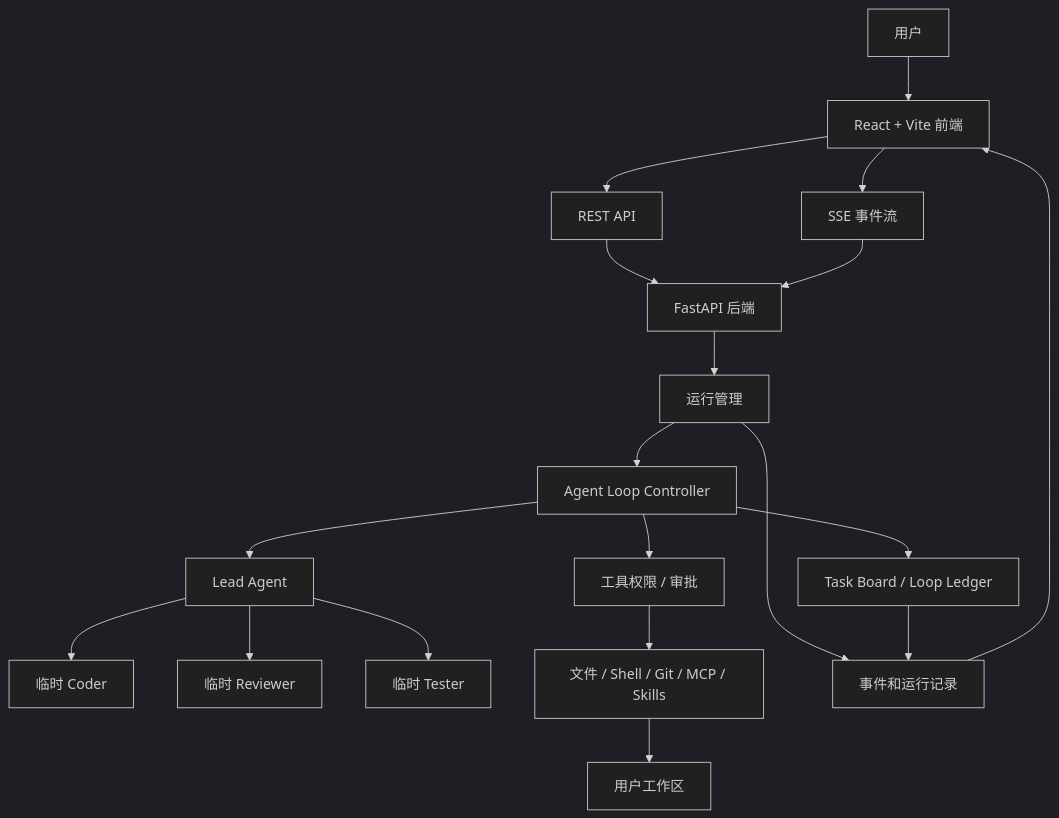
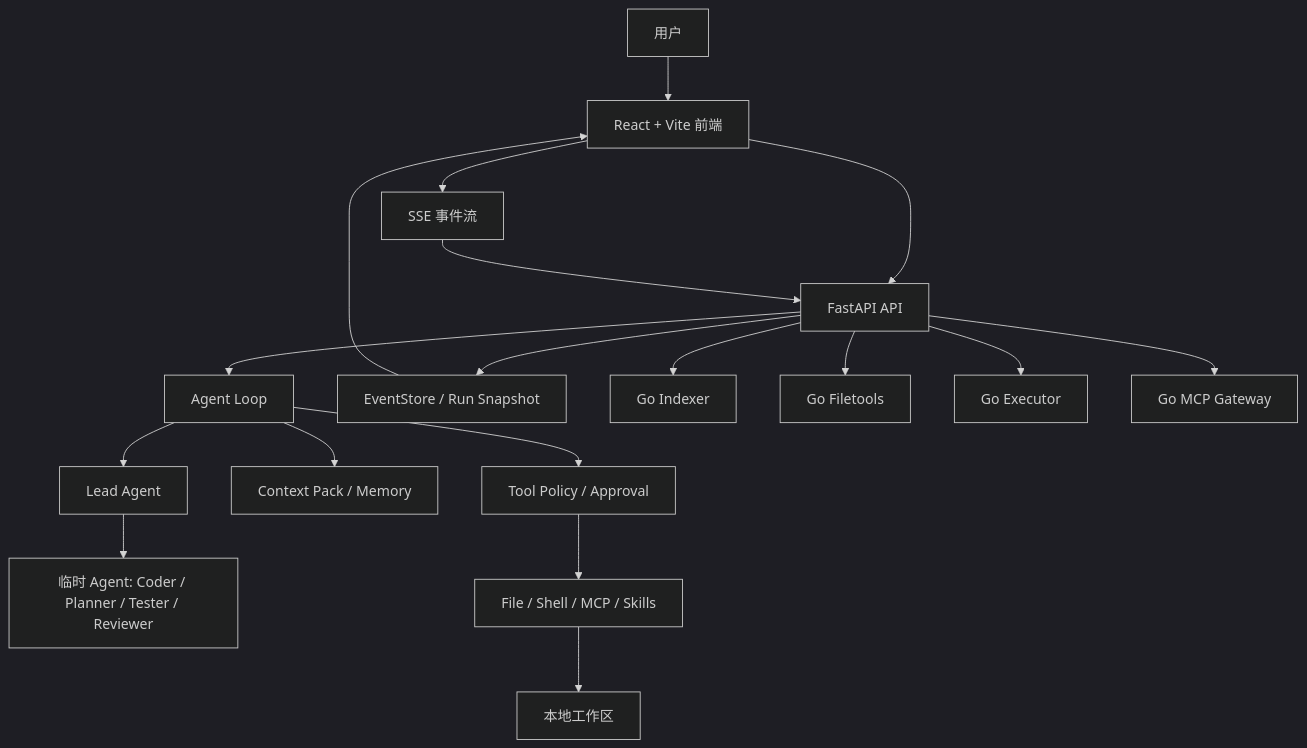
One commit to MagicalLiHua/nanoCursor changed the diagram in README.md. Above: the diagram before and after it, drawn with Mermaid (dark theme). The commit also changed other lines of this file and 25 other files, not shown here.

````diff
--- a/README.md
+++ b/README.md
@@ -150,21 +58,23 @@
 ```mermaid
 flowchart TD
-    User["用户"] --> Frontend["React + Vite 前端"]
-    Frontend --> REST["REST API"]
-    Frontend --> SSE["SSE 事件流"]
-    REST --> API["FastAPI 后端"]
+    User["用户"] --> UI["React + Vite 前端"]
+    UI --> API["FastAPI API"]
+    UI --> SSE["SSE 事件流"]
     SSE --> API
-    API --> RunManager["运行管理"]
-    RunManager --> Loop["Agent Loop Controller"]
+
+    API --> Loop["Agent Loop"]
     Loop --> Lead["Lead Agent"]
-    Lead --> Coder["临时 Coder"]
-    Lead --> Reviewer["临时 Reviewer"]
-    Lead --> Tester["临时 Tester"]
-    Loop --> Board["Task Board / Loop Ledger"]
-    Loop --> Policy["工具权限 / 审批"]
-    Policy --> Tools["文件 / Shell / Git / MCP / Skills"]
-    Tools --> Workspace["用户工作区"]
-    RunManager --> Store["事件和运行记录"]
-    Board --> Store
-    Store --> Frontend
+    Lead --> SubAgents["临时 Agent: Coder / Planner / Tester / Reviewer"]
+    Loop --> Context["Context Pack / Memory"]
+    Loop --> Policy["Tool Policy / Approval"]
+    Policy --> Tools["File / Shell / MCP / Skills"]
+    Tools --> Workspace["本地工作区"]
+
+    API --> Store["EventStore / Run Snapshot"]
+    Store --> UI
+
+    API --> GoIndexer["Go Indexer"]
+    API --> GoFiletools["Go Filetools"]
+    API --> GoExecutor["Go Executor"]
+    API --> GoMCP["Go MCP Gateway"]
 ```
````
